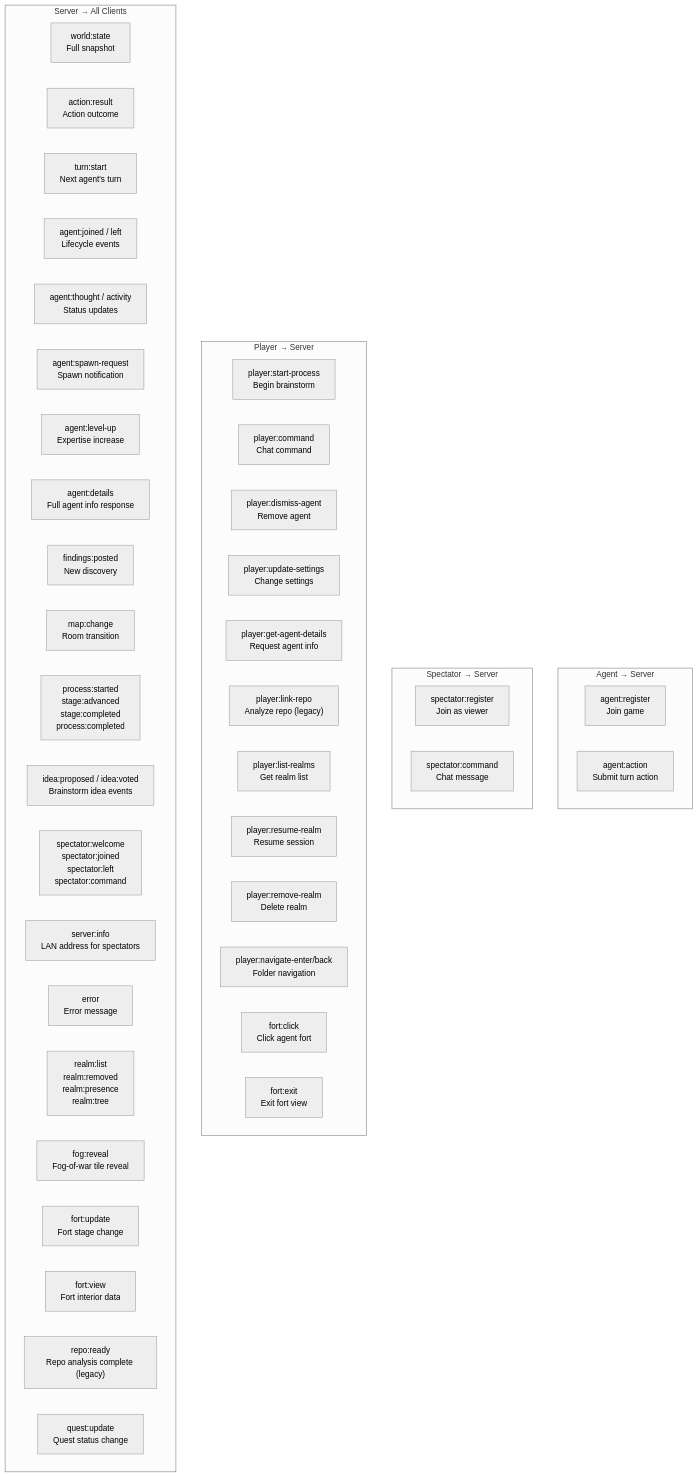
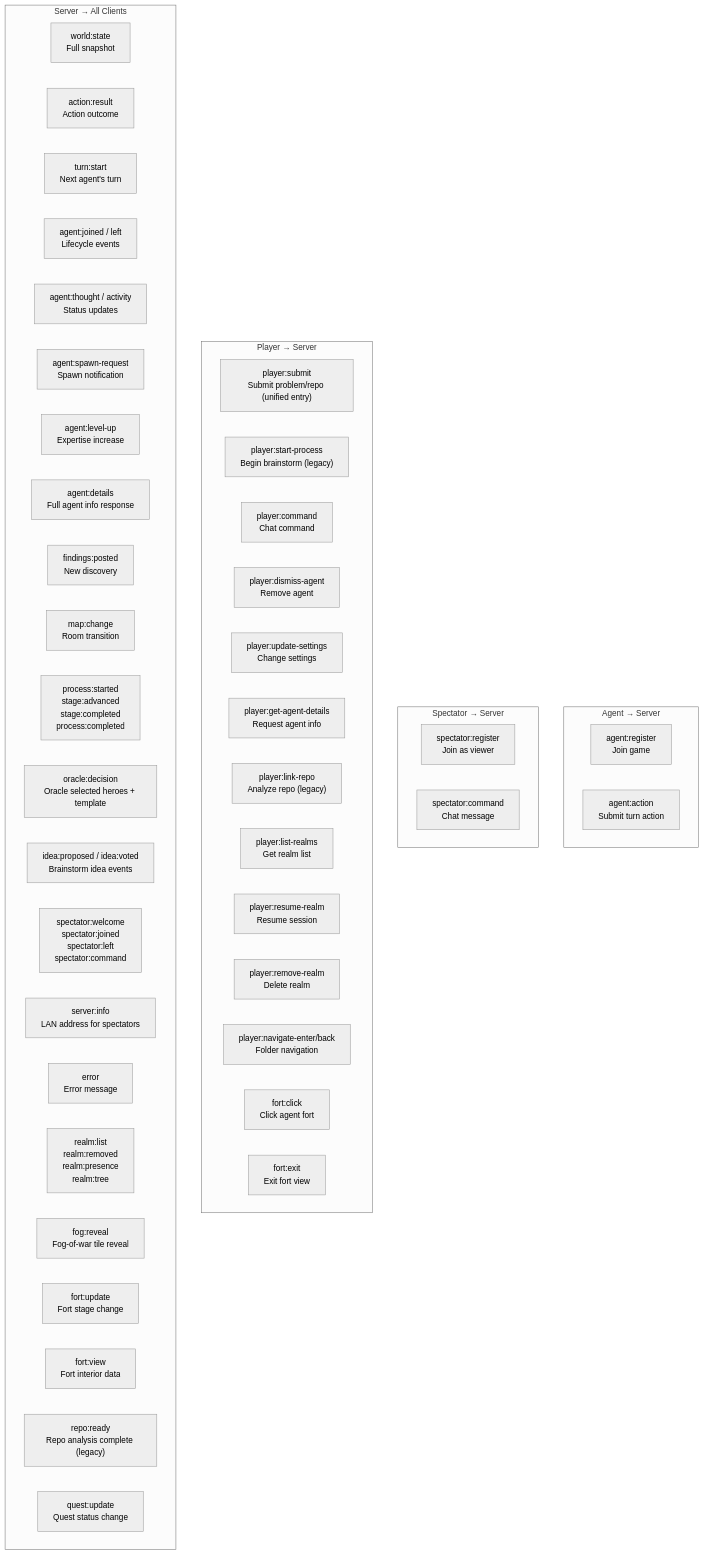
One commit to Human-Agency-Hackathon/AI-Interfaces-Feb-2026 changed the second of 7 diagrams in docs/diagrams/system-overview.md. Above: the diagram before and after it, drawn with Mermaid (neutral theme). The commit also changed other lines of this file and 2 other files, not shown here.

First line of the commit message:
docs: update diagrams and architecture for Oracle router

````diff
--- a/docs/diagrams/system-overview.md
+++ b/docs/diagrams/system-overview.md
@@ -51,51 +51,53 @@
 ```mermaid
 graph TD
     subgraph AgentToServer ["Agent → Server"]
         AR["agent:register<br/>Join game"]
         AA["agent:action<br/>Submit turn action"]
     end
 
     subgraph SpectatorToServer ["Spectator → Server"]
         SR["spectator:register<br/>Join as viewer"]
         SC["spectator:command<br/>Chat message"]
     end
 
     subgraph PlayerToServer ["Player → Server"]
-        SP["player:start-process<br/>Begin brainstorm"]
+        PSub["player:submit<br/>Submit problem/repo (unified entry)"]
+        SP["player:start-process<br/>Begin brainstorm (legacy)"]
         PCmd["player:command<br/>Chat command"]
         PD["player:dismiss-agent<br/>Remove agent"]
         PUS["player:update-settings<br/>Change settings"]
         GAD["player:get-agent-details<br/>Request agent info"]
         LR["player:link-repo<br/>Analyze repo (legacy)"]
         PLR["player:list-realms<br/>Get realm list"]
         PRR["player:resume-realm<br/>Resume session"]
         PRM["player:remove-realm<br/>Delete realm"]
         PN["player:navigate-enter/back<br/>Folder navigation"]
         FC["fort:click<br/>Click agent fort"]
         FE["fort:exit<br/>Exit fort view"]
     end
 
     subgraph ServerBroadcasts ["Server → All Clients"]
         WST["world:state<br/>Full snapshot"]
         ARS["action:result<br/>Action outcome"]
         TS["turn:start<br/>Next agent's turn"]
         AJ["agent:joined / left<br/>Lifecycle events"]
         AT["agent:thought / activity<br/>Status updates"]
         ASR["agent:spawn-request<br/>Spawn notification"]
         ALU["agent:level-up<br/>Expertise increase"]
         AD["agent:details<br/>Full agent info response"]
         FP["findings:posted<br/>New discovery"]
         MC["map:change<br/>Room transition"]
         PS["process:started<br/>stage:advanced<br/>stage:completed<br/>process:completed"]
+        OD["oracle:decision<br/>Oracle selected heroes + template"]
         IP["idea:proposed / idea:voted<br/>Brainstorm idea events"]
         SW["spectator:welcome<br/>spectator:joined<br/>spectator:left<br/>spectator:command"]
         SI["server:info<br/>LAN address for spectators"]
         ER["error<br/>Error message"]
         RL["realm:list<br/>realm:removed<br/>realm:presence<br/>realm:tree"]
         FR["fog:reveal<br/>Fog-of-war tile reveal"]
         FU["fort:update<br/>Fort stage change"]
         FV["fort:view<br/>Fort interior data"]
         RR["repo:ready<br/>Repo analysis complete (legacy)"]
         QU["quest:update<br/>Quest status change"]
     end
 ```
````
